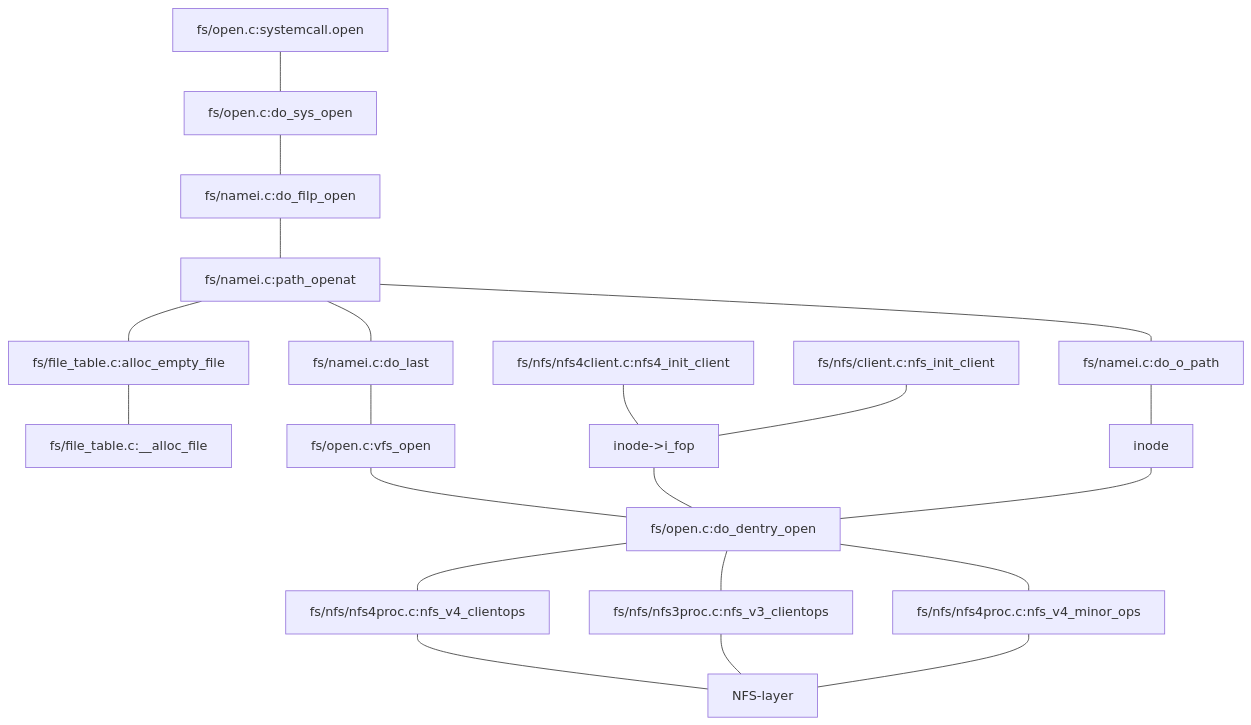
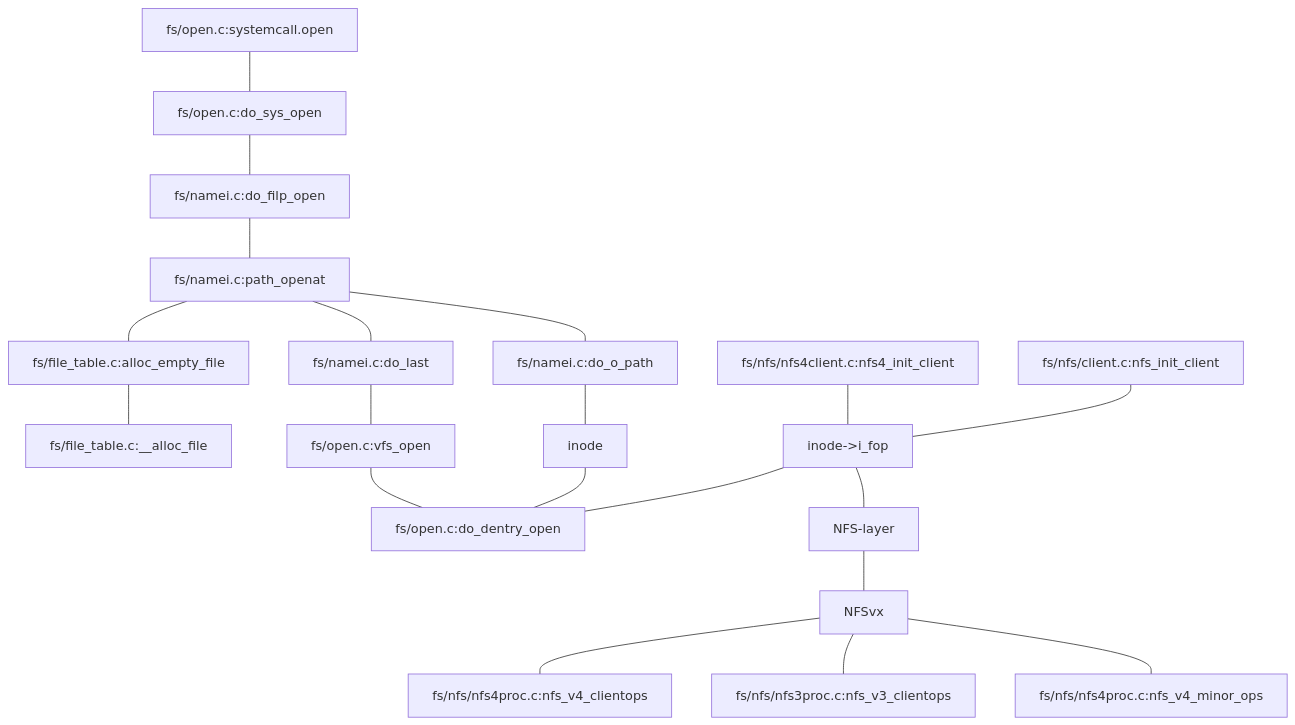
Before and after one commit to DeathPoem/little_cave_local_files: the first of 3 diagrams in bin/SmallTopic/nfsCodePath.md, drawn with Mermaid. The commit also changed other lines of this file, not shown here.

````diff
--- a/bin/SmallTopic/nfsCodePath.md
+++ b/bin/SmallTopic/nfsCodePath.md
@@ -9,25 +9,24 @@
 ```mermaid
 graph TD
   %% Set edges to be curved (try monotoneX for a nice alternative)
   linkStyle default interpolate basis
   S1[fs/open.c:systemcall.open] --- S2[fs/open.c:do_sys_open]
   S2 --- S3[fs/namei.c:do_filp_open]
   S3 --- S4[fs/namei.c:path_openat]
   S4 --- S5[fs/file_table.c:alloc_empty_file]
   S5 --- S7[fs/file_table.c:__alloc_file]
   S4 --- S8[fs/namei.c:do_last]
   S8 --- VF1[fs/open.c:vfs_open]
   VF1 --- VF2[fs/open.c:do_dentry_open]
   VF3[inode->i_fop] --- VF2
   S4 --- S9[fs/namei.c:do_o_path]
   S9 --- VF4[inode]
   VF4 --- VF2
   VF5[fs/nfs/nfs4client.c:nfs4_init_client] --- VF3
   VF7[fs/nfs/client.c:nfs_init_client] --- VF3
-  VF2 --- VF6[fs/nfs/nfs4proc.c:nfs_v4_clientops]
-  VF2 --- VF8[fs/nfs/nfs3proc.c:nfs_v3_clientops]
-  VF2 --- VF9[fs/nfs/nfs4proc.c:nfs_v4_minor_ops]
-  VF6 --- VF0[NFS-layer]
-  VF8 --- VF0[NFS-layer]
-  VF9 --- VF0[NFS-layer]
+  VF0[NFS-layer] --- VF20[NFSvx]
+  VF20 --- VF6[fs/nfs/nfs4proc.c:nfs_v4_clientops]
+  VF20 --- VF8[fs/nfs/nfs3proc.c:nfs_v3_clientops]
+  VF20 --- VF9[fs/nfs/nfs4proc.c:nfs_v4_minor_ops]
+  VF3 --- VF0
 ```
````
